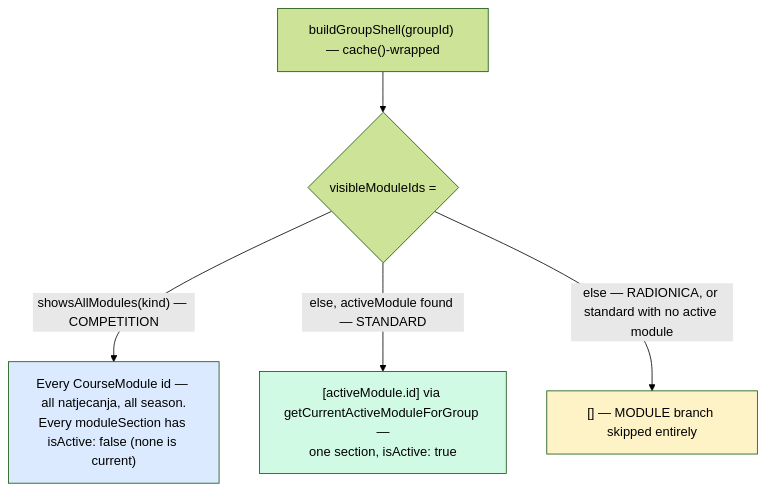
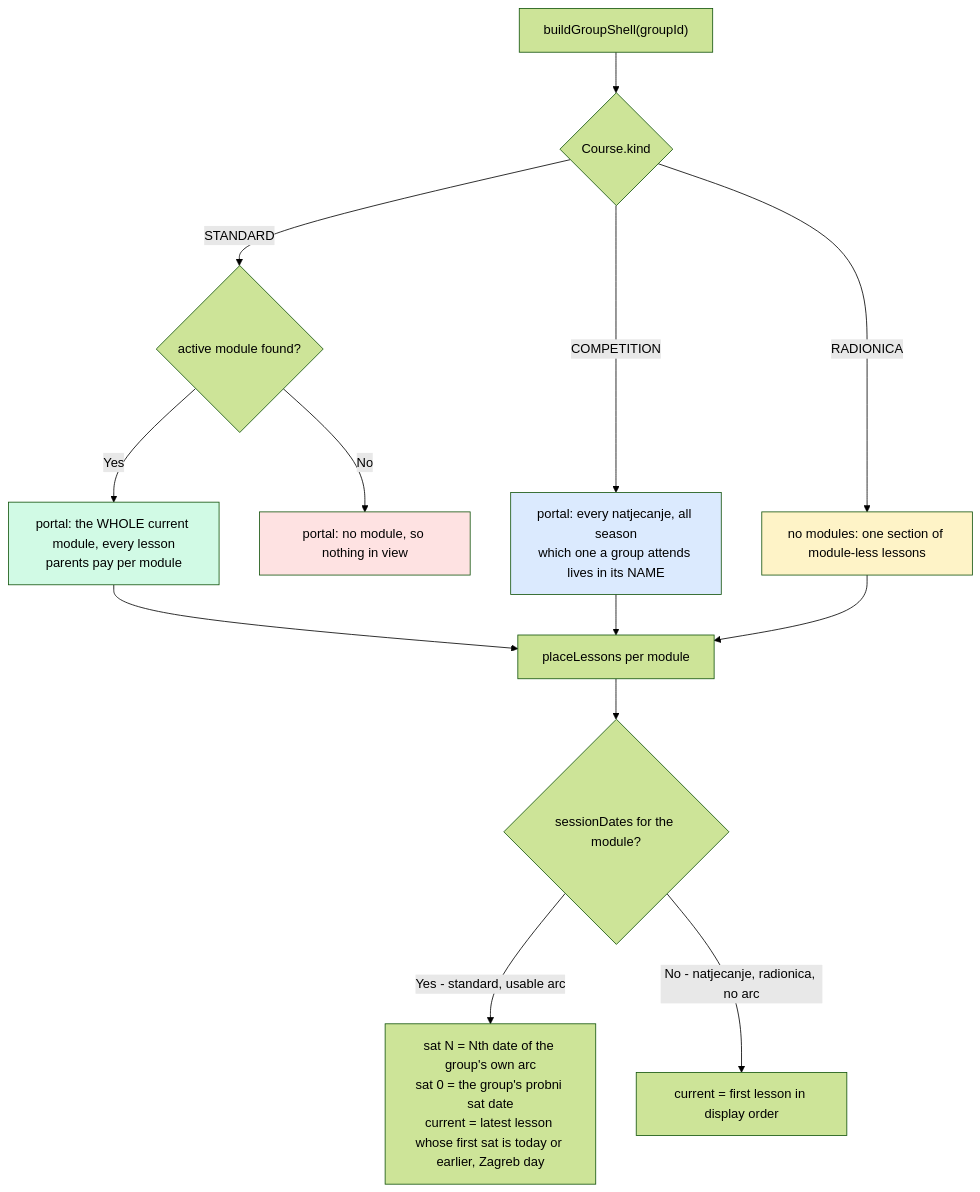
Before and after one commit to jpucic00/inovatic: the fourth of 6 diagrams in docs/diagrams/material-scope.md, drawn with Mermaid (forest theme). The commit also changed other lines of this file and 30 other files, not shown here.

````diff
--- a/docs/diagrams/material-scope.md
+++ b/docs/diagrams/material-scope.md
@@ -116,11 +171,21 @@
 ```mermaid
 flowchart TD
-    A["buildGroupShell(groupId) — cache()-wrapped"] --> B{"visibleModuleIds ="}
-    B -->|"showsAllModules(kind) — COMPETITION"| ALL["Every CourseModule id — all natjecanja, all season.<br/>Every moduleSection has isActive: false (none is current)"]
-    B -->|"else, activeModule found — STANDARD"| ONE["[activeModule.id] via getCurrentActiveModuleForGroup —<br/>one section, isActive: true"]
-    B -->|"else — RADIONICA, or standard with no active module"| NONE["[] — MODULE branch skipped entirely"]
+    A["buildGroupShell(groupId)"] --> K{"Course.kind"}
+    K -->|STANDARD| S{"active module found?"}
+    S -->|Yes| ONE["portal: the WHOLE current module, every lesson<br/>parents pay per module"]
+    S -->|No| NONE["portal: no module, so nothing in view"]
+    K -->|COMPETITION| ALL["portal: every natjecanje, all season<br/>which one a group attends lives in its NAME"]
+    K -->|RADIONICA| FLAT["no modules: one section of module-less lessons"]
 
+    ONE --> P["placeLessons per module"]
+    ALL --> P
+    FLAT --> P
+    P --> D{"sessionDates for the module?"}
+    D -->|"Yes - standard, usable arc"| DATED["sat N = Nth date of the group's own arc<br/>sat 0 = the group's probni sat date<br/>current = latest lesson whose first sat is today or earlier, Zagreb day"]
+    D -->|"No - natjecanje, radionica, no arc"| UNDATED["current = first lesson in display order"]
+
+    style ONE fill:#d1fae5
     style ALL fill:#dbeafe
-    style ONE fill:#d1fae5
-    style NONE fill:#fef3c7
+    style FLAT fill:#fef3c7
+    style NONE fill:#fee2e2
 ```
````
